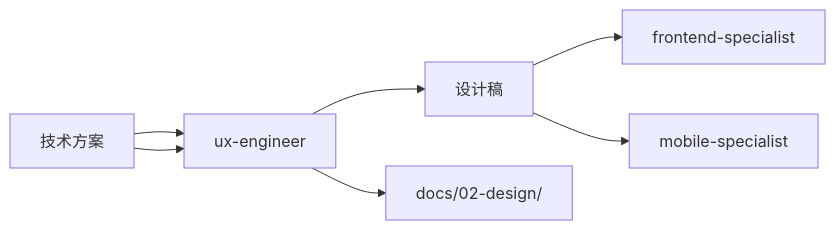
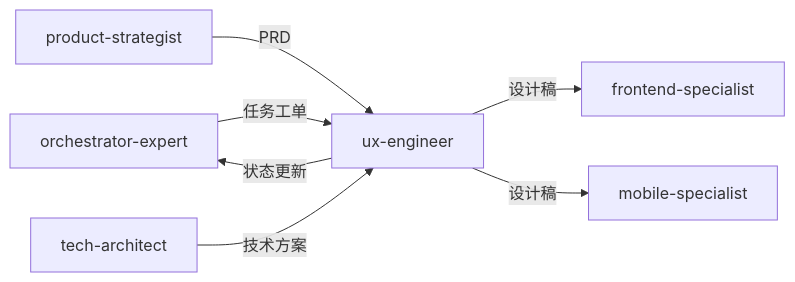
Before and after one commit to Tooooommy/Trae-Workflow: the diagram in skills/ux-engineer/SKILL.md, drawn with Mermaid. The commit also changed other lines of this file and 3 other files, not shown here.

First line of the commit message:
refactor: optimize ux-engineer for orchestrator-expert workflow

````diff
--- a/skills/ux-engineer/SKILL.md
+++ b/skills/ux-engineer/SKILL.md
@@ -446,9 +88,9 @@
 ```mermaid
 flowchart LR
-    A[PRD] --> B[ux-engineer]
-    A[技术方案] --> B
-    B --> C[设计稿]
-    C --> D[frontend-specialist]
-    C --> E[mobile-specialist]
-    B --> F[docs/02-design/]
+    A[orchestrator-expert] -->|任务工单| B[ux-engineer]
+    C[product-strategist] -->|PRD| B
+    D[tech-architect] -->|技术方案| B
+    B -->|设计稿| E[frontend-specialist]
+    B -->|设计稿| F[mobile-specialist]
+    B -->|状态更新| A
 ```
````
